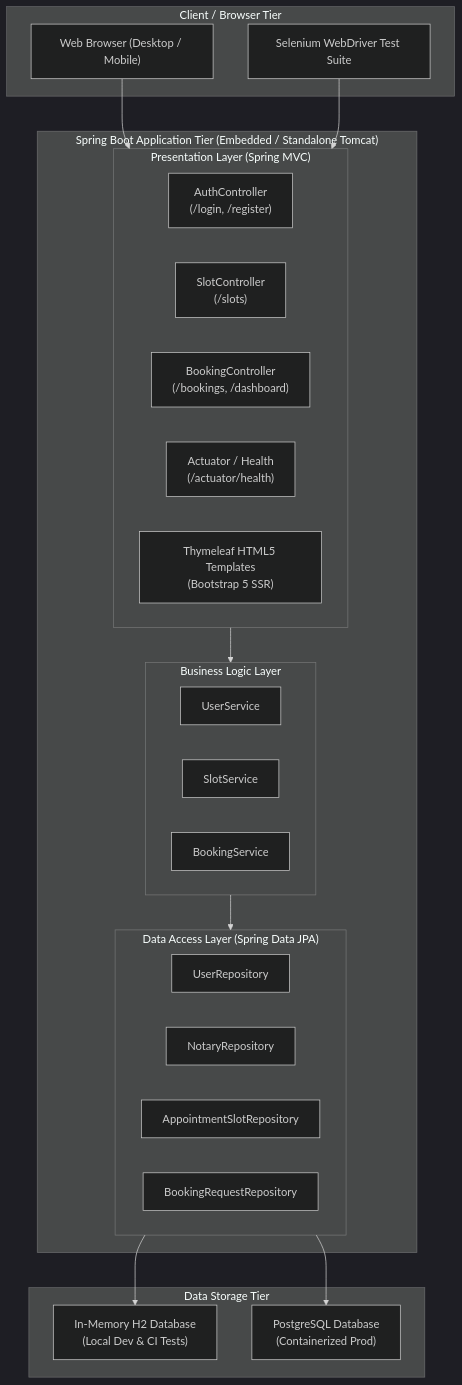
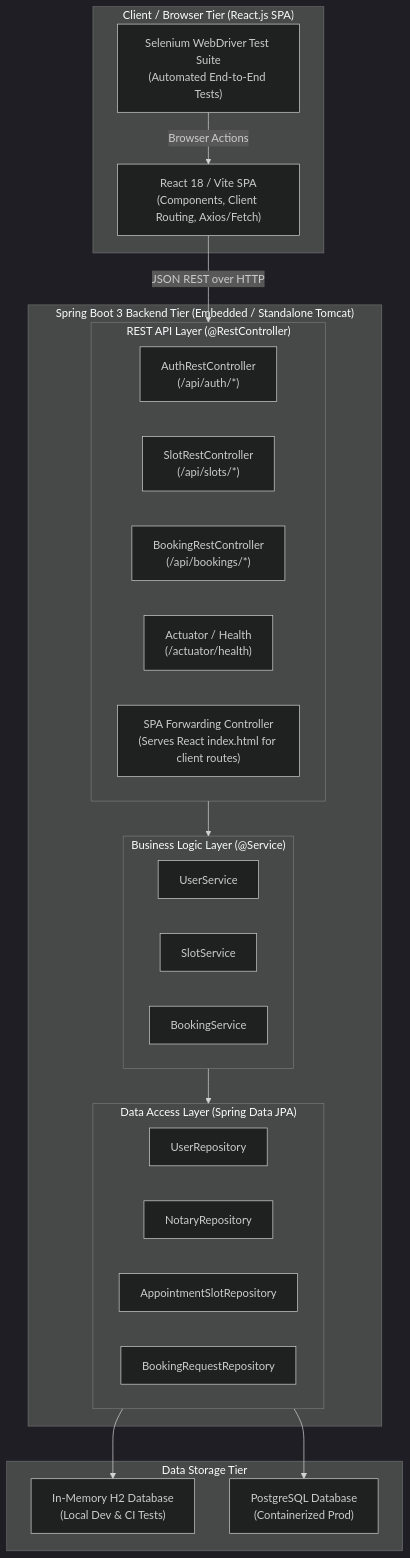
Before and after one commit to AryanRacha/e-notary-appointment-system: the second of 3 diagrams in docs/03-requirements-architecture-and-setup.md, drawn with Mermaid (dark theme). The commit also changed other lines of this file and 28 other files, not shown here.

Commit message:
feat: integrate React.js SPA frontend and Spring Boot REST API architecture

````diff
--- a/docs/03-requirements-architecture-and-setup.md
+++ b/docs/03-requirements-architecture-and-setup.md
@@ -75,42 +75,42 @@
 ```mermaid
 flowchart TD
-    subgraph ClientTier["Client / Browser Tier"]
-        Browser["Web Browser (Desktop / Mobile)"]
-        Selenium["Selenium WebDriver Test Suite"]
+    subgraph ClientTier["Client / Browser Tier (React.js SPA)"]
+        Browser["React 18 / Vite SPA<br/>(Components, Client Routing, Axios/Fetch)"]
+        Selenium["Selenium WebDriver Test Suite<br/>(Automated End-to-End Tests)"]
     end
 
-    subgraph AppTier["Spring Boot Application Tier (Embedded / Standalone Tomcat)"]
-        subgraph PresentationLayer["Presentation Layer (Spring MVC)"]
-            AuthController["AuthController<br/>(/login, /register)"]
-            SlotController["SlotController<br/>(/slots)"]
-            BookingController["BookingController<br/>(/bookings, /dashboard)"]
-            HealthController["Actuator / Health<br/>(/actuator/health)"]
-            ThymeleafViews["Thymeleaf HTML5 Templates<br/>(Bootstrap 5 SSR)"]
+    subgraph AppTier["Spring Boot 3 Backend Tier (Embedded / Standalone Tomcat)"]
+        subgraph RESTControllers["REST API Layer (@RestController)"]
+            AuthAPI["AuthRestController<br/>(/api/auth/*)"]
+            SlotAPI["SlotRestController<br/>(/api/slots/*)"]
+            BookingAPI["BookingRestController<br/>(/api/bookings/*)"]
+            HealthAPI["Actuator / Health<br/>(/actuator/health)"]
+            StaticForwarder["SPA Forwarding Controller<br/>(Serves React index.html for client routes)"]
         end
 
-        subgraph ServiceLayer["Business Logic Layer"]
+        subgraph ServiceLayer["Business Logic Layer (@Service)"]
             UserService["UserService"]
             SlotService["SlotService"]
             BookingService["BookingService"]
         end
 
         subgraph DataLayer["Data Access Layer (Spring Data JPA)"]
             UserRepo["UserRepository"]
             NotaryRepo["NotaryRepository"]
             SlotRepo["AppointmentSlotRepository"]
             BookingRepo["BookingRequestRepository"]
         end
     end
 
     subgraph DataStorage["Data Storage Tier"]
         H2["In-Memory H2 Database<br/>(Local Dev & CI Tests)"]
         Postgres["PostgreSQL Database<br/>(Containerized Prod)"]
     end
 
-    Browser --> PresentationLayer
-    Selenium --> PresentationLayer
-    PresentationLayer --> ServiceLayer
+    Browser -->|JSON REST over HTTP| RESTControllers
+    Selenium -->|Browser Actions| Browser
+    RESTControllers --> ServiceLayer
     ServiceLayer --> DataLayer
     DataLayer --> H2
     DataLayer --> Postgres
 ```
````
